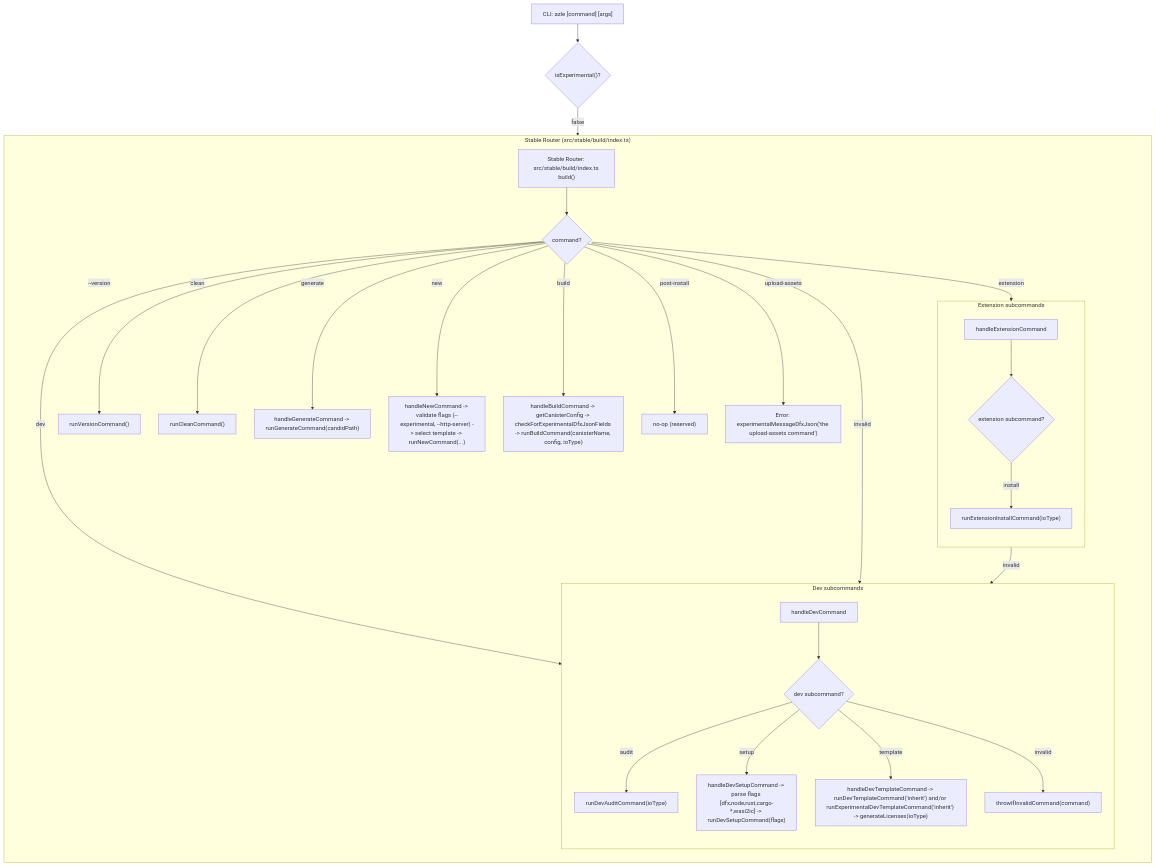
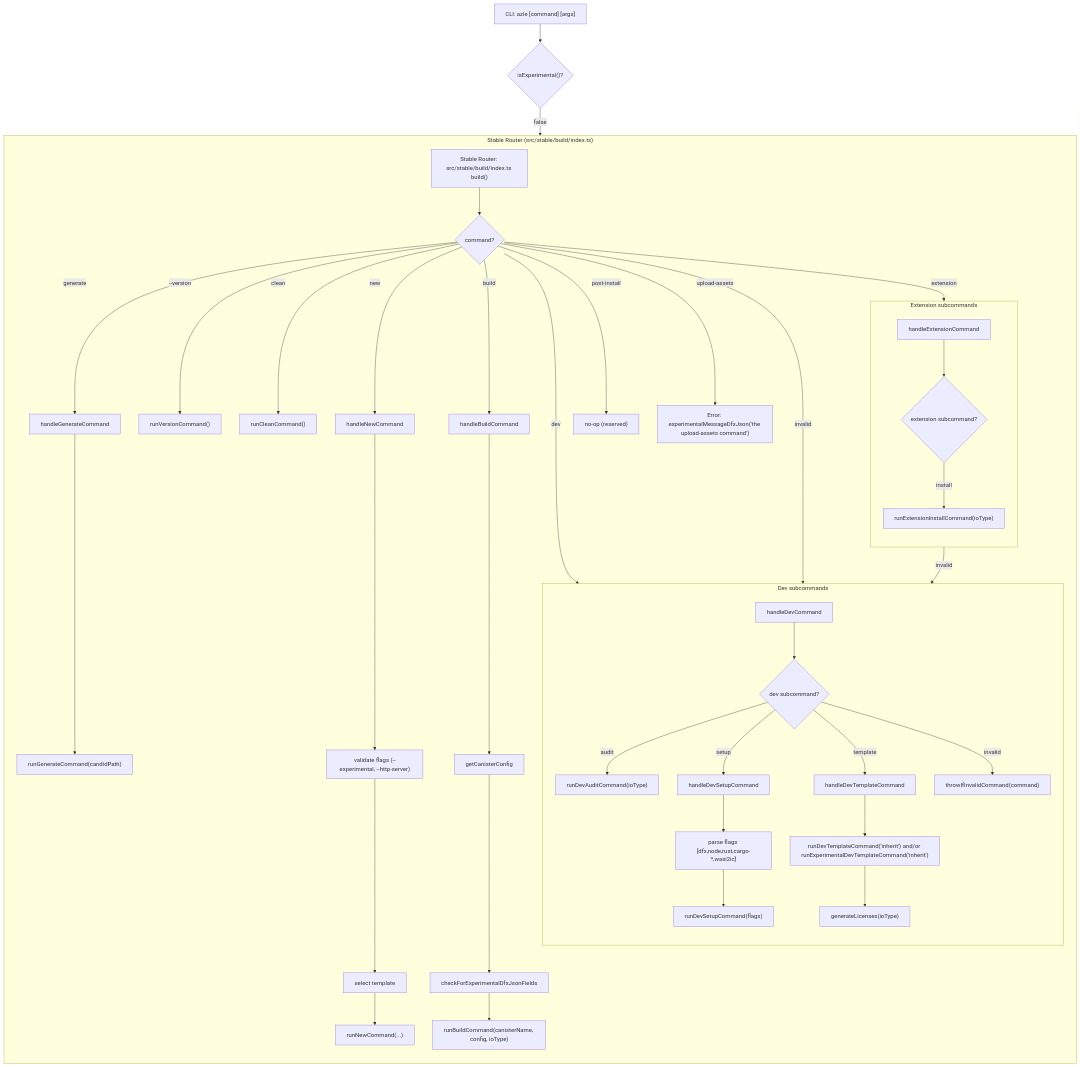
Before and after one commit to demergent-labs/azle: the diagram in azle-flow-stable.md, drawn with Mermaid. The commit also changed 3 other files, not shown here.

Commit message:
update diagrams

````diff
--- a/azle-flow-stable.md
+++ b/azle-flow-stable.md
@@ -3,40 +3,51 @@
 ```mermaid
 flowchart TD
   A["CLI: azle [command] [args]"] --> B{"isExperimental()?"}
   B -->|"false"| C["Stable Router: src/stable/build/index.ts build()"]
 
   subgraph STABLE ["Stable Router (src/stable/build/index.ts)"]
     direction TB
     C --> D{"command?"}
 
     D -->|"--version"| E["runVersionCommand()"]
     D -->|"clean"| F["runCleanCommand()"]
-    D -->|"generate"| G["handleGenerateCommand -> runGenerateCommand(candidPath)"]
-    D -->|"new"| H["handleNewCommand -> validate flags (--experimental, --http-server) -> select template -> runNewCommand(...)"]
-    D -->|"build"| I["handleBuildCommand -> getCanisterConfig -> checkForExperimentalDfxJsonFields -> runBuildCommand(canisterName, config, ioType)"]
+    D -->|"generate"| G1["handleGenerateCommand"]
+    G1 --> G2["runGenerateCommand(candidPath)"]
+    D -->|"new"| H1["handleNewCommand"]
+    H1 --> H2["validate flags (--experimental, --http-server)"]
+    H2 --> H3["select template"]
+    H3 --> H4["runNewCommand(...)"]
+    D -->|"build"| I1["handleBuildCommand"]
+    I1 --> I2["getCanisterConfig"]
+    I2 --> I3["checkForExperimentalDfxJsonFields"]
+    I3 --> I4["runBuildCommand(canisterName, config, ioType)"]
     D -->|"dev"| J["handleDevCommand"]
     D -->|"extension"| K["handleExtensionCommand"]
     D -->|"post-install"| L["no-op (reserved)"]
     D -->|"upload-assets"| M["Error: experimentalMessageDfxJson('the upload-assets command')"]
     D -->|"invalid"| N["throwIfInvalidCommand(command)"]
 
     subgraph DEV ["Dev subcommands"]
       direction TB
       J --> J1{"dev subcommand?"}
       J1 -->|"audit"| J2["runDevAuditCommand(ioType)"]
-      J1 -->|"setup"| J3["handleDevSetupCommand -> parse flags [dfx,node,rust,cargo-*,wasi2ic] -> runDevSetupCommand(flags)"]
-      J1 -->|"template"| J4["handleDevTemplateCommand -> runDevTemplateCommand('inherit') and/or runExperimentalDevTemplateCommand('inherit') -> generateLicenses(ioType)"]
+      J1 -->|"setup"| J3a["handleDevSetupCommand"]
+      J3a --> J3b["parse flags [dfx,node,rust,cargo-*,wasi2ic]"]
+      J3b --> J3c["runDevSetupCommand(flags)"]
+      J1 -->|"template"| J4a["handleDevTemplateCommand"]
+      J4a --> J4b["runDevTemplateCommand('inherit') and/or runExperimentalDevTemplateCommand('inherit')"]
+      J4b --> J4c["generateLicenses(ioType)"]
       J1 -->|"invalid"| N
     end
 
     subgraph EXT ["Extension subcommands"]
       direction TB
       K --> K1{"extension subcommand?"}
       K1 -->|"install"| K2["runExtensionInstallCommand(ioType)"]
       K1 -->|"invalid"| N
     end
   end
 
   %% Navigation links
   click C "azle-flow-experimental.md" "Open experimental flow"
 ```
````
